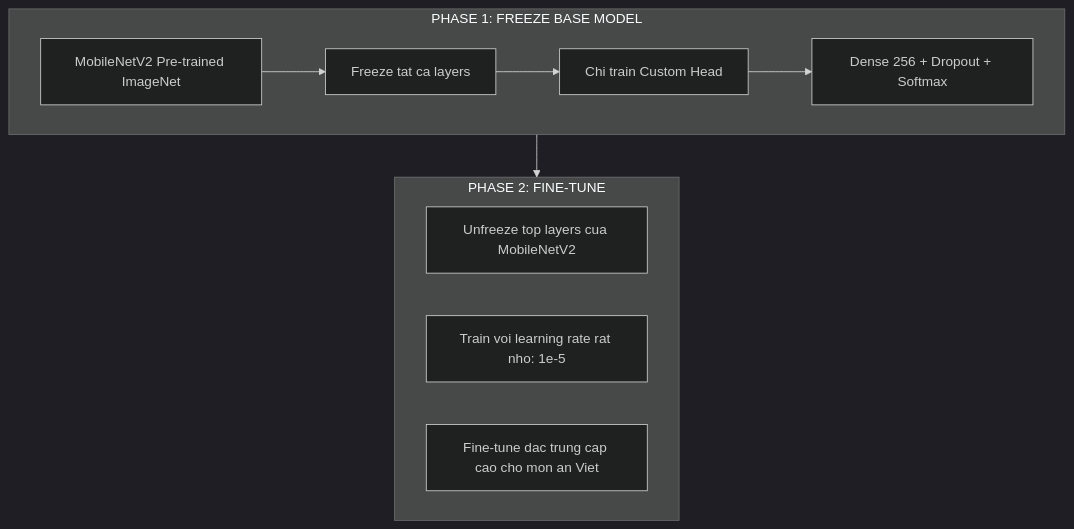
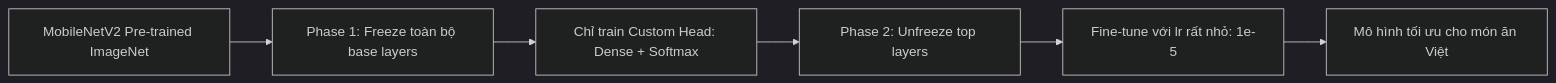
One commit to DevOpsLogistics/FoodVision-Ai changed the sixth of 11 diagrams in README.md. Above: the diagram before and after it, drawn with Mermaid (dark theme). The commit also changed other lines of this file, not shown here.

Commit message:
Docs: Fix Vietnamese diacritics, simplify Mermaid diagrams, remove UI implementation details

````diff
--- a/README.md
+++ b/README.md
@@ -324,16 +255,8 @@
 ```mermaid
-graph TD
-    subgraph Phase1 ["PHASE 1: FREEZE BASE MODEL"]
-        P1A["MobileNetV2 Pre-trained ImageNet"] --> P1B["Freeze tat ca layers"]
-        P1B --> P1C["Chi train Custom Head"]
-        P1C --> P1D["Dense 256 + Dropout + Softmax"]
-    end
-
-    subgraph Phase2 ["PHASE 2: FINE-TUNE"]
-        P2A["Unfreeze top layers cua MobileNetV2"]
-        P2B["Train voi learning rate rat nho: 1e-5"]
-        P2C["Fine-tune dac trung cap cao cho mon an Viet"]
-    end
-
-    Phase1 --> Phase2
+graph LR
+    A["MobileNetV2 Pre-trained ImageNet"] --> B["Phase 1: Freeze toàn bộ base layers"]
+    B --> C["Chỉ train Custom Head: Dense + Softmax"]
+    C --> D["Phase 2: Unfreeze top layers"]
+    D --> E["Fine-tune với lr rất nhỏ: 1e-5"]
+    E --> F["Mô hình tối ưu cho món ăn Việt"]
 ```
````
